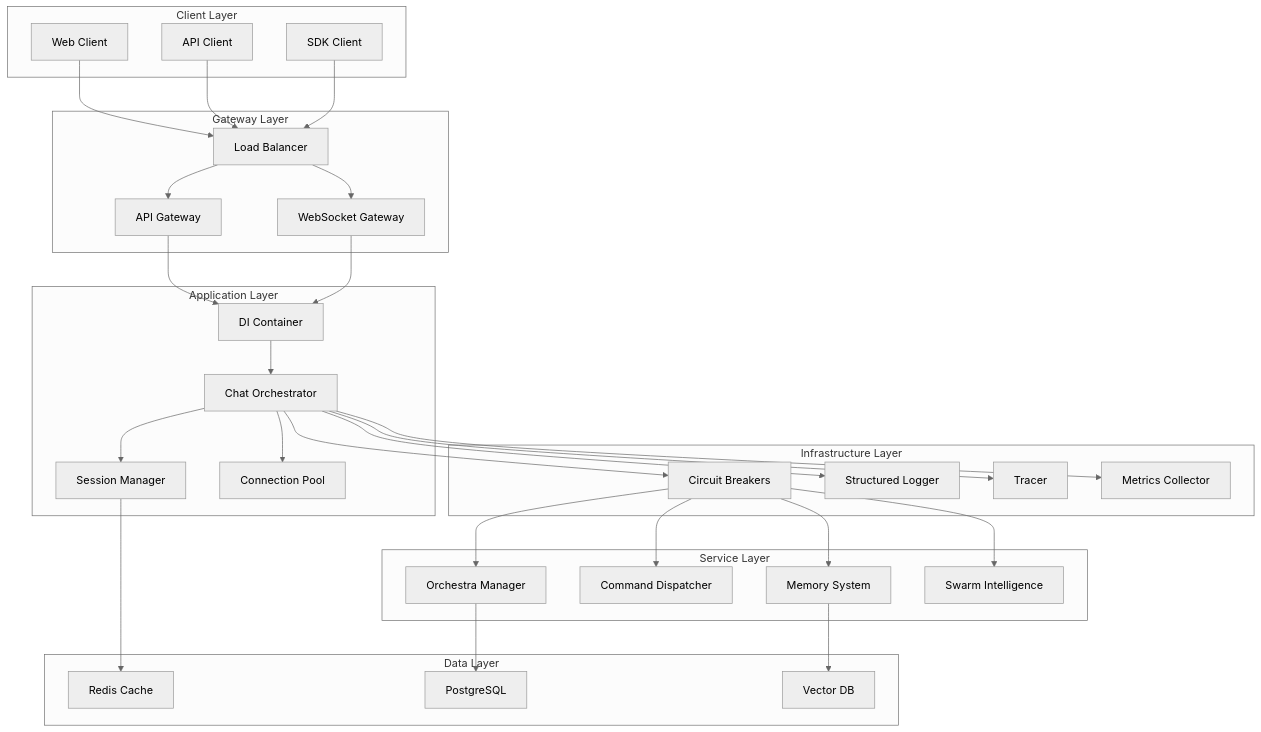
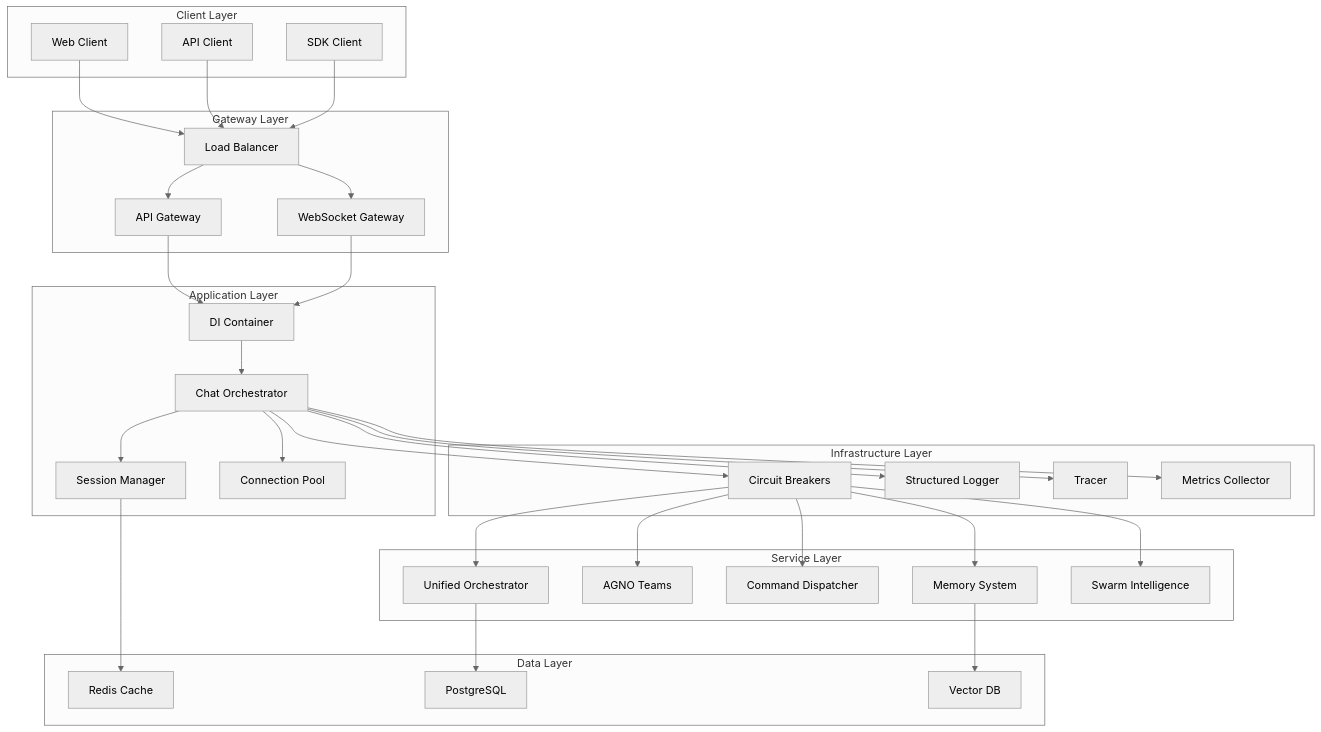
Before and after one commit to ai-cherry/sophia-intel-ai: the first of 14 diagrams in docs/architecture/component-interactions.md, drawn with Mermaid (neutral theme). The commit also changed other lines of this file and 58 other files, not shown here.

````diff
--- a/docs/architecture/component-interactions.md
+++ b/docs/architecture/component-interactions.md
@@ -5,63 +5,65 @@
 ```mermaid
 graph TB
     subgraph "Client Layer"
         WEB[Web Client]
         API[API Client]
         SDK[SDK Client]
     end
     
     subgraph "Gateway Layer"
         LB[Load Balancer]
         AG[API Gateway]
         WS[WebSocket Gateway]
     end
     
     subgraph "Application Layer"
         DI[DI Container]
         CO[Chat Orchestrator]
         SM[Session Manager]
         CP[Connection Pool]
     end
     
     subgraph "Service Layer"
-        OM[Orchestra Manager]
+        UO[Unified Orchestrator]
+        AT[AGNO Teams]
         CD[Command Dispatcher]
         MS[Memory System]
         SI[Swarm Intelligence]
     end
     
     subgraph "Infrastructure Layer"
         CB[Circuit Breakers]
         LOG[Structured Logger]
         TRACE[Tracer]
         METRICS[Metrics Collector]
     end
     
     subgraph "Data Layer"
         CACHE[Redis Cache]
         DB[PostgreSQL]
         VDB[Vector DB]
     end
     
     WEB --> LB
     API --> LB
     SDK --> LB
     LB --> AG
     LB --> WS
     AG --> DI
     WS --> DI
     DI --> CO
     CO --> SM
     CO --> CP
     CO --> CB
-    CB --> OM
+    CB --> UO
+    CB --> AT
     CB --> CD
     CB --> MS
     CB --> SI
     CO --> LOG
     CO --> TRACE
     CO --> METRICS
     SM --> CACHE
     MS --> VDB
-    OM --> DB
+    UO --> DB
 ```
````
